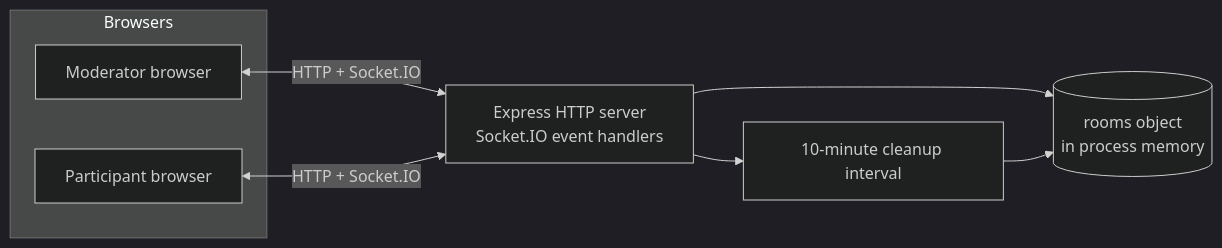
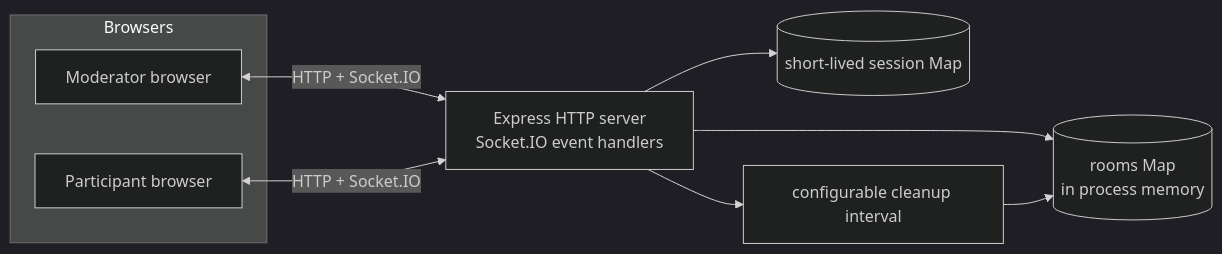
One commit to kereszteszsolt/planning-poker changed the first of 3 diagrams in docs/architecture.md. Above: the diagram before and after it, drawn with Mermaid (dark theme). The commit also changed other lines of this file and 42 other files, not shown here.

````diff
--- a/docs/architecture.md
+++ b/docs/architecture.md
@@ -9,13 +9,14 @@
 ```mermaid
 flowchart LR
     subgraph Browsers
       A[Moderator browser]
       B[Participant browser]
     end
 
     A <-->|HTTP + Socket.IO| S[Express HTTP server\nSocket.IO event handlers]
     B <-->|HTTP + Socket.IO| S
-    S --> M[(rooms object\nin process memory)]
-    S --> C[10-minute cleanup interval]
+    S --> M[(rooms Map\nin process memory)]
+    S --> T[(short-lived session Map)]
+    S --> C[configurable cleanup interval]
     C --> M
 ```
````
